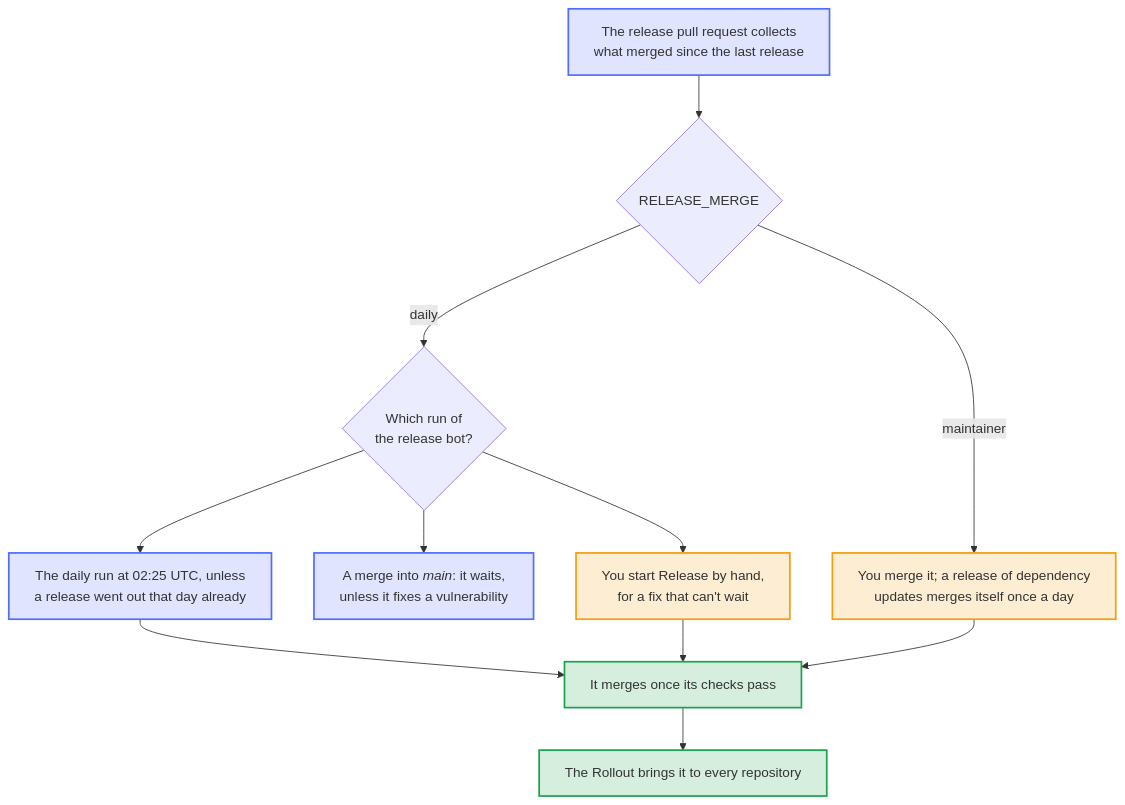
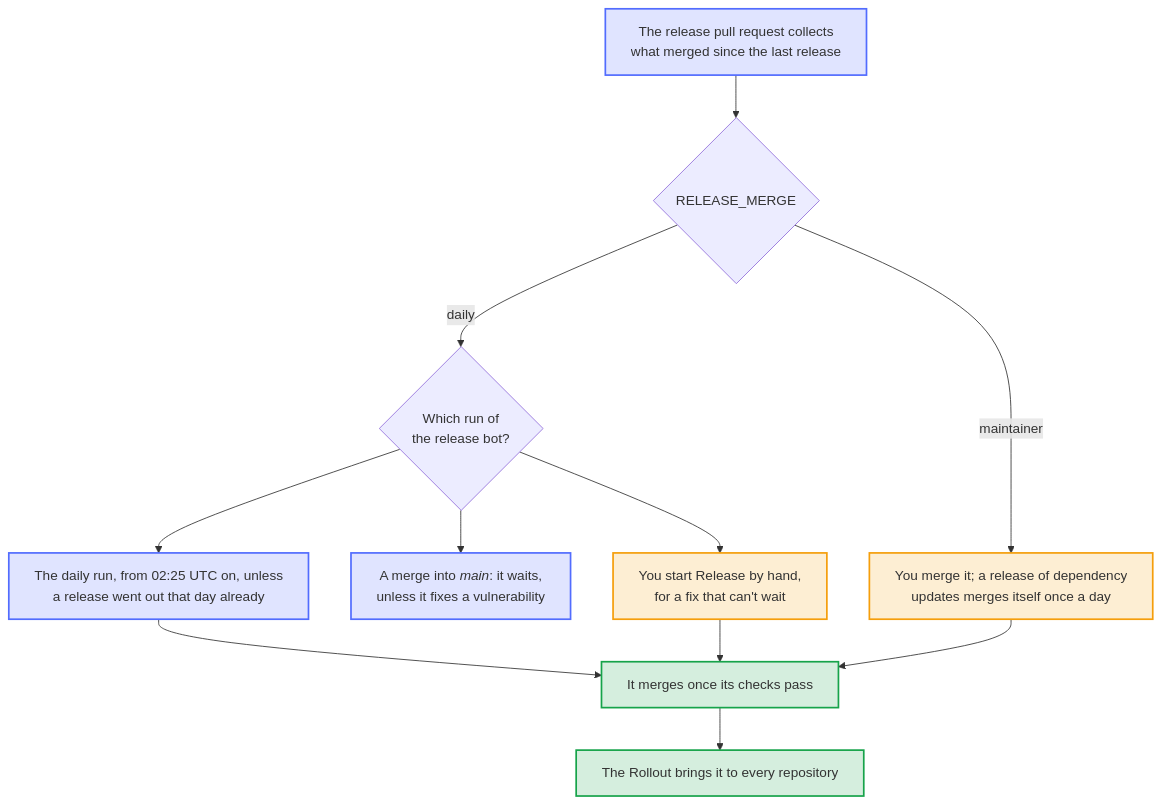
Before and after one commit to Dennis-Otto/repo-blueprint: the diagram in docs/diagrams/when-the-release-pull-request-merges.mmd, drawn with Mermaid. The commit also changed 23 other files, not shown here.

First line of the commit message:
fix(release): promise no time that GitHub doesn't keep for the daily release (#1056)

```diff
--- a/docs/diagrams/when-the-release-pull-request-merges.mmd
+++ b/docs/diagrams/when-the-release-pull-request-merges.mmd
@@ -1,36 +1,36 @@
 ---
 config:
   flowchart:
     wrappingWidth: 400
 ---
 flowchart TB
     accTitle: When the release pull request merges
-    accDescr: Where the variable RELEASE_MERGE is daily, as in the blueprint, the release bot merges every release by itself. The run of a merge into main only keeps the release pull request current, unless the merge fixes a vulnerability, which merges at once. The daily run at 02:25 UTC merges it once its checks pass, unless a release went out that day already. A run of Release that you start by hand releases at once, for a fix that can't wait. With maintainer, the default of a new repository, you merge it, and only a release of dependency updates merges itself, once a day. The Rollout then brings the release to every repository that follows the blueprint.
+    accDescr: Where the variable RELEASE_MERGE is daily, as in the blueprint, the release bot merges every release by itself. The run of a merge into main only keeps the release pull request current, unless the merge fixes a vulnerability, which merges at once. The daily run, which GitHub starts from 02:25 UTC on, at present usually hours later, merges it once its checks pass, unless a release went out that day already. A run of Release that you start by hand releases at once, for a fix that can't wait. With maintainer, the default of a new repository, you merge it, and only a release of dependency updates merges itself, once a day. The Rollout then brings the release to every repository that follows the blueprint.
 
     pr["`The release pull request collects<br>what merged since the last release`"]
     setting{"`RELEASE_MERGE`"}
     you["`You merge it; a release of dependency<br>updates merges itself once a day`"]
     event{"Which run of<br>the release bot?"}
     push["`A merge into *main*: it waits,<br>unless it fixes a vulnerability`"]
-    daily["`The daily run at 02:25 UTC, unless<br>a release went out that day already`"]
+    daily["`The daily run, from 02:25 UTC on, unless<br>a release went out that day already`"]
     hand["`You start Release by hand,<br>for a fix that can't wait`"]
     merged["`It merges once its checks pass`"]
     rollout["`The Rollout brings it to every repository`"]
 
     pr --> setting
     setting -- "maintainer" --> you
     setting -- "daily" --> event
     event --> push
     event --> daily
     event --> hand
     daily --> merged
     hand --> merged
     you --> merged
     merged --> rollout
 
     classDef bot fill:#526cfe2e,stroke:#526cfe,stroke-width:2px
     classDef you fill:#f59e0b2e,stroke:#f59e0b,stroke-width:2px
     classDef done fill:#16a34a2e,stroke:#16a34a,stroke-width:2px
     class pr,push,daily bot
     class you,hand you
     class merged,rollout done
```
